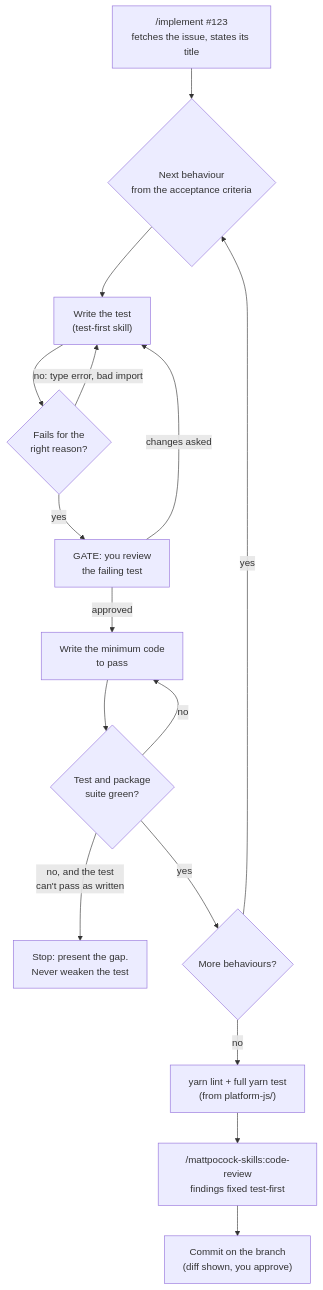
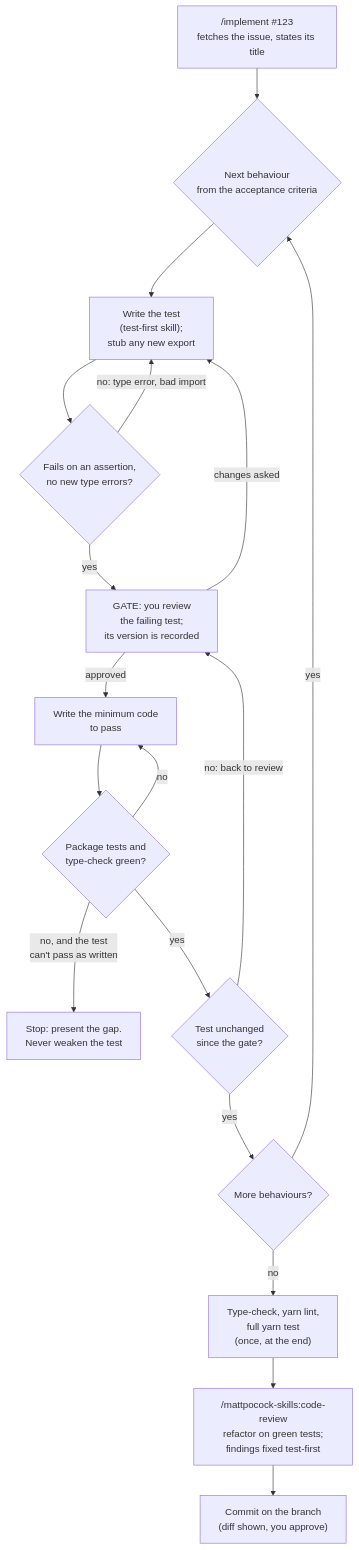
Before and after one commit to midnightntwrk/platform-js: the second of 3 diagrams in docs/AgenticWorkflow.md, drawn with Mermaid. The commit also changed other lines of this file, not shown here.

Commit message:
docs: match the workflow charts to the test-first loop
Refs #19

````diff
--- a/docs/AgenticWorkflow.md
+++ b/docs/AgenticWorkflow.md
@@ -92,18 +91,20 @@
 ```mermaid
 flowchart TD
   F["/implement #123<br/>fetches the issue, states its title"] --> NEXT{"Next behaviour<br/>from the acceptance criteria"}
-  NEXT --> T["Write the test<br/>(test-first skill)"]
-  T --> RED{"Fails for the<br/>right reason?"}
+  NEXT --> T["Write the test<br/>(test-first skill);<br/>stub any new export"]
+  T --> RED{"Fails on an assertion,<br/>no new type errors?"}
   RED -->|"no: type error, bad import"| T
-  RED -->|yes| GATE["GATE: you review<br/>the failing test"]
+  RED -->|yes| GATE["GATE: you review<br/>the failing test;<br/>its version is recorded"]
   GATE -->|changes asked| T
   GATE -->|approved| IMPL["Write the minimum code<br/>to pass"]
-  IMPL --> GREEN{"Test and package<br/>suite green?"}
+  IMPL --> GREEN{"Package tests and<br/>type-check green?"}
   GREEN -->|"no, and the test<br/>can't pass as written"| ESC["Stop: present the gap.<br/>Never weaken the test"]
   GREEN -->|no| IMPL
-  GREEN -->|yes| MORE{"More behaviours?"}
+  GREEN -->|yes| SAME{"Test unchanged<br/>since the gate?"}
+  SAME -->|"no: back to review"| GATE
+  SAME -->|yes| MORE{"More behaviours?"}
   MORE -->|yes| NEXT
-  MORE -->|no| CHECK["yarn lint + full yarn test<br/>(from platform-js/)"]
-  CHECK --> CR["/mattpocock-skills:code-review<br/>findings fixed test-first"]
+  MORE -->|no| CHECK["Type-check, yarn lint,<br/>full yarn test<br/>(once, at the end)"]
+  CHECK --> CR["/mattpocock-skills:code-review<br/>refactor on green tests;<br/>findings fixed test-first"]
   CR --> COMMIT["Commit on the branch<br/>(diff shown, you approve)"]
 ```
````
